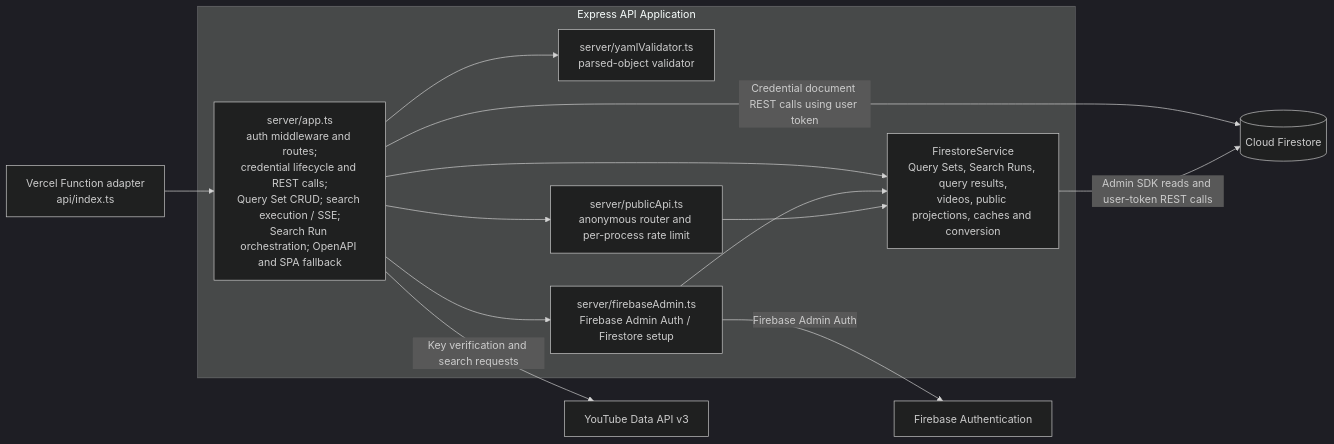
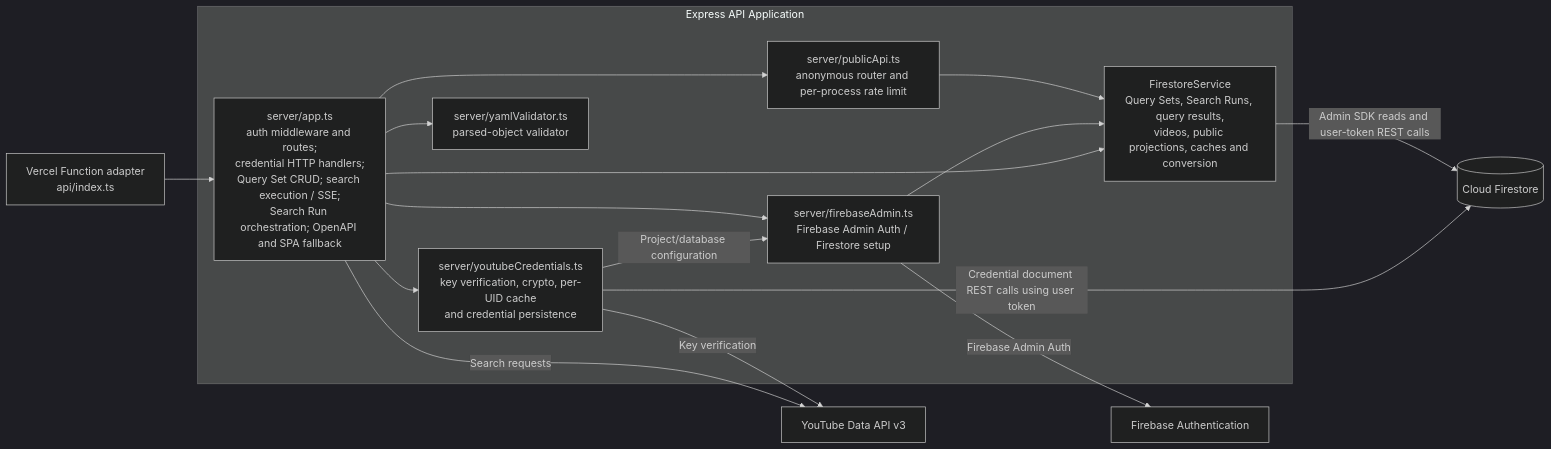
One commit to ochowei/querytube changed the third of 3 diagrams in docs/architecture/software-view.md. Above: the diagram before and after it, drawn with Mermaid (dark theme). The commit also changed other lines of this file and 8 other files, not shown here.

Commit message:
Refactor YouTube credential lifecycle into a cohesive server module

````diff
--- a/docs/architecture/software-view.md
+++ b/docs/architecture/software-view.md
@@ -61,27 +61,31 @@
 ```mermaid
 flowchart LR
   FunctionEntry[Vercel Function adapter<br/>api/index.ts]
   subgraph Express[Express API Application]
-    App[server/app.ts<br/>auth middleware and routes;<br/>credential lifecycle and REST calls;<br/>Query Set CRUD; search execution / SSE;<br/>Search Run orchestration; OpenAPI and SPA fallback]
+    App[server/app.ts<br/>auth middleware and routes;<br/>credential HTTP handlers;<br/>Query Set CRUD; search execution / SSE;<br/>Search Run orchestration; OpenAPI and SPA fallback]
+    Credentials[server/youtubeCredentials.ts<br/>key verification, crypto, per-UID cache<br/>and credential persistence]
     Validator[server/yamlValidator.ts<br/>parsed-object validator]
     Public[server/publicApi.ts<br/>anonymous router and per-process rate limit]
     Store[FirestoreService<br/>Query Sets, Search Runs, query results,<br/>videos, public projections, caches and conversion]
     Admin[server/firebaseAdmin.ts<br/>Firebase Admin Auth / Firestore setup]
   end
 
   FirebaseAuth[Firebase Authentication]
   Firestore[(Cloud Firestore)]
   YouTube[YouTube Data API v3]
 
   FunctionEntry --> App
+  App --> Credentials
+  Credentials -->|Project/database configuration| Admin
   App --> Validator
   App --> Public
   App --> Store
   App --> Admin
   Admin --> Store
   Public --> Store
   Admin -->|Firebase Admin Auth| FirebaseAuth
-  App -->|Key verification and search requests| YouTube
-  App -->|Credential document REST calls using user token| Firestore
+  App -->|Search requests| YouTube
+  Credentials -->|Key verification| YouTube
+  Credentials -->|Credential document REST calls using user token| Firestore
   Store -->|Admin SDK reads and user-token REST calls| Firestore
 ```
````
